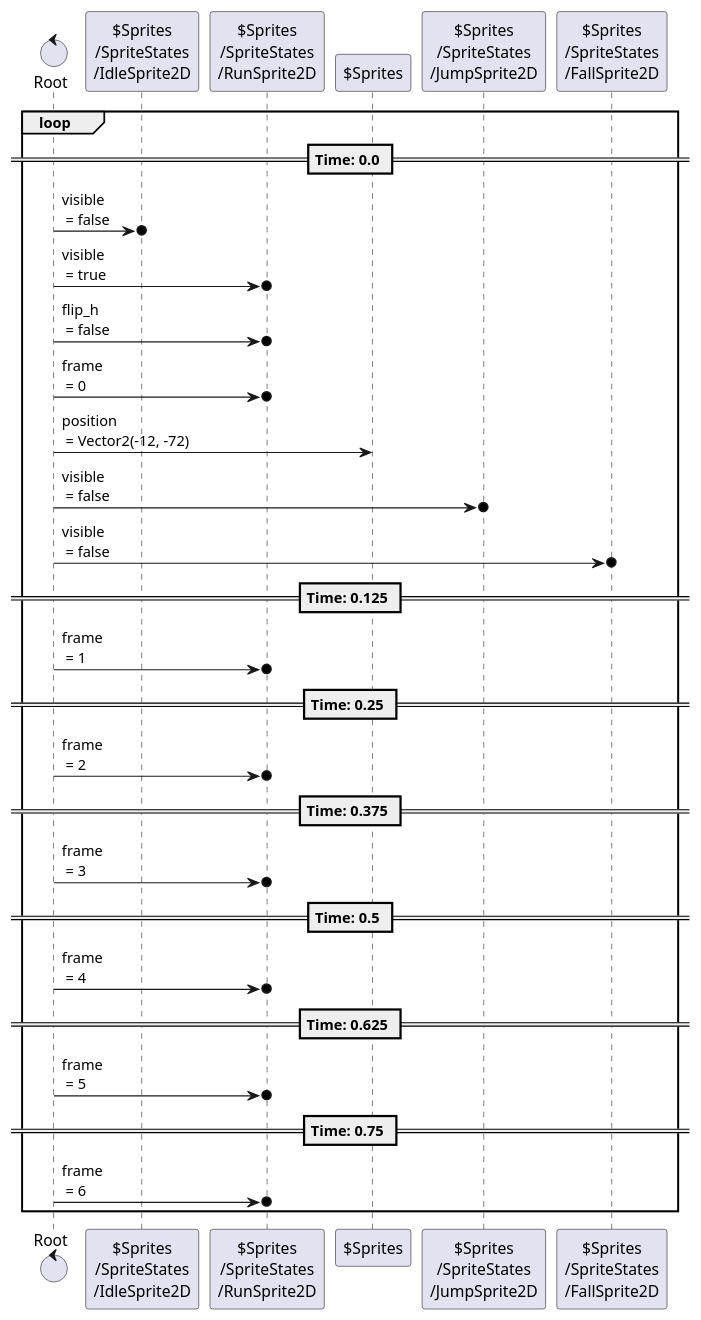
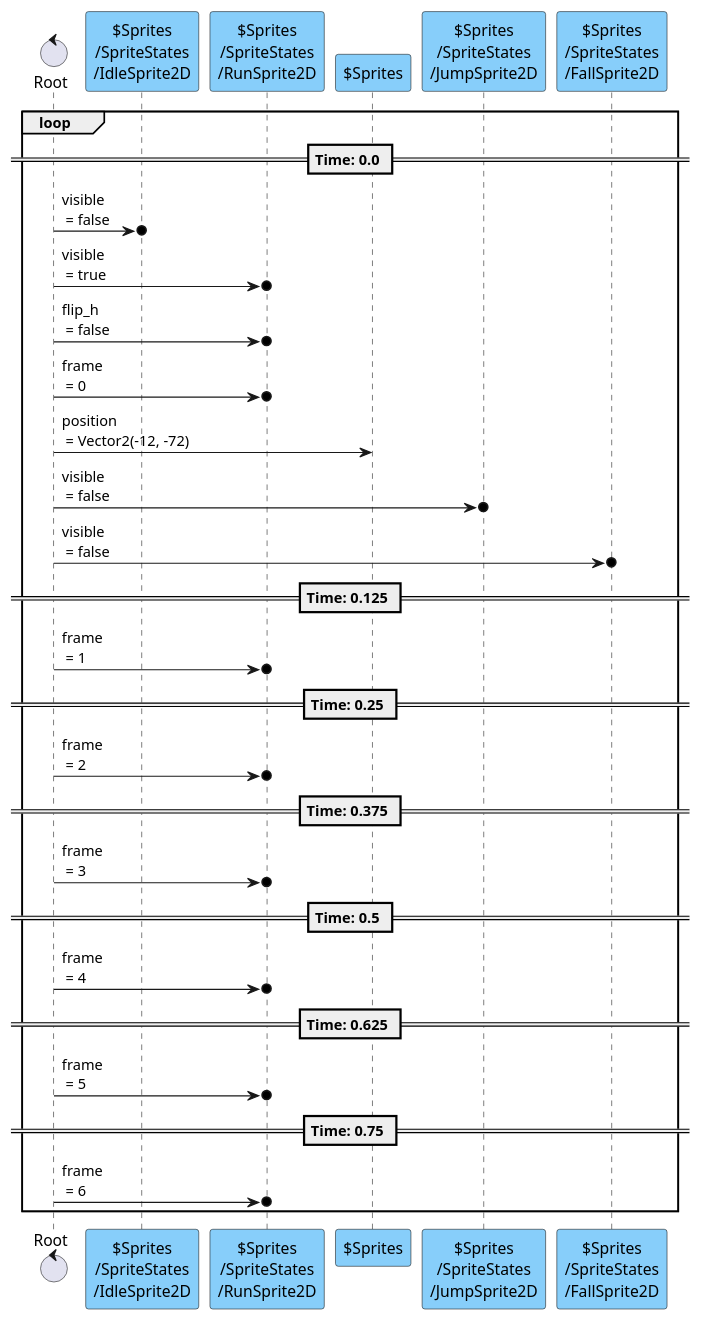
The eighth of 11 diagrams in content/scenes/src/player/player.tscn.adoc (tkmfujise/Platformer-Game-Learning), drawn with PlantUML before and after one commit. The commit also changed other lines of this file and 67 other files, not shown here.

```diff
--- a/content/scenes/src/player/player.tscn.adoc
+++ b/content/scenes/src/player/player.tscn.adoc
@@ -521,34 +521,34 @@
 [plantuml]
 ....
 control "Root" as R
-participant "$Sprites\n/SpriteStates\n/IdleSprite2D" as T0
-participant "$Sprites\n/SpriteStates\n/RunSprite2D" as T1
-participant "$Sprites" as T4
-participant "$Sprites\n/SpriteStates\n/JumpSprite2D" as T5
-participant "$Sprites\n/SpriteStates\n/FallSprite2D" as T6
+participant "$Sprites\n/SpriteStates\n/IdleSprite2D" as T0 #87CEFA
+participant "$Sprites\n/SpriteStates\n/RunSprite2D" as T1 #87CEFA
+participant "$Sprites" as T4 #87CEFA
+participant "$Sprites\n/SpriteStates\n/JumpSprite2D" as T5 #87CEFA
+participant "$Sprites\n/SpriteStates\n/FallSprite2D" as T6 #87CEFA
 
 
 loop
 == Time: 0.0 ==
 R  ->o  T0 : visible\n = false
 R  ->o  T1 : visible\n = true
 R  ->o  T1 : flip_h\n = false
 R  ->o  T1 : frame\n = 0
 R  ->  T4 : position\n = Vector2(-12, -72)
 R  ->o  T5 : visible\n = false
 R  ->o  T6 : visible\n = false
 == Time: 0.125 ==
 R  ->o  T1 : frame\n = 1
 == Time: 0.25 ==
 R  ->o  T1 : frame\n = 2
 == Time: 0.375 ==
 R  ->o  T1 : frame\n = 3
 == Time: 0.5 ==
 R  ->o  T1 : frame\n = 4
 == Time: 0.625 ==
 R  ->o  T1 : frame\n = 5
 == Time: 0.75 ==
 R  ->o  T1 : frame\n = 6
 
 end
 ....
```
